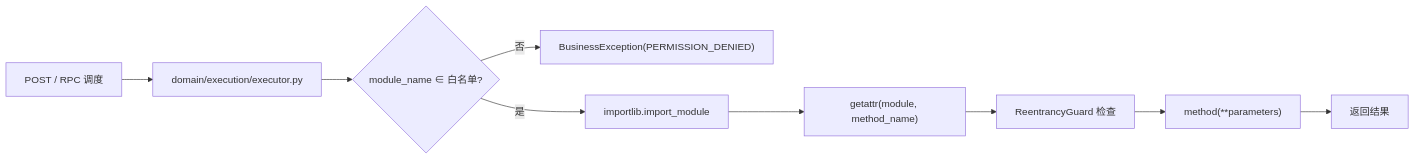
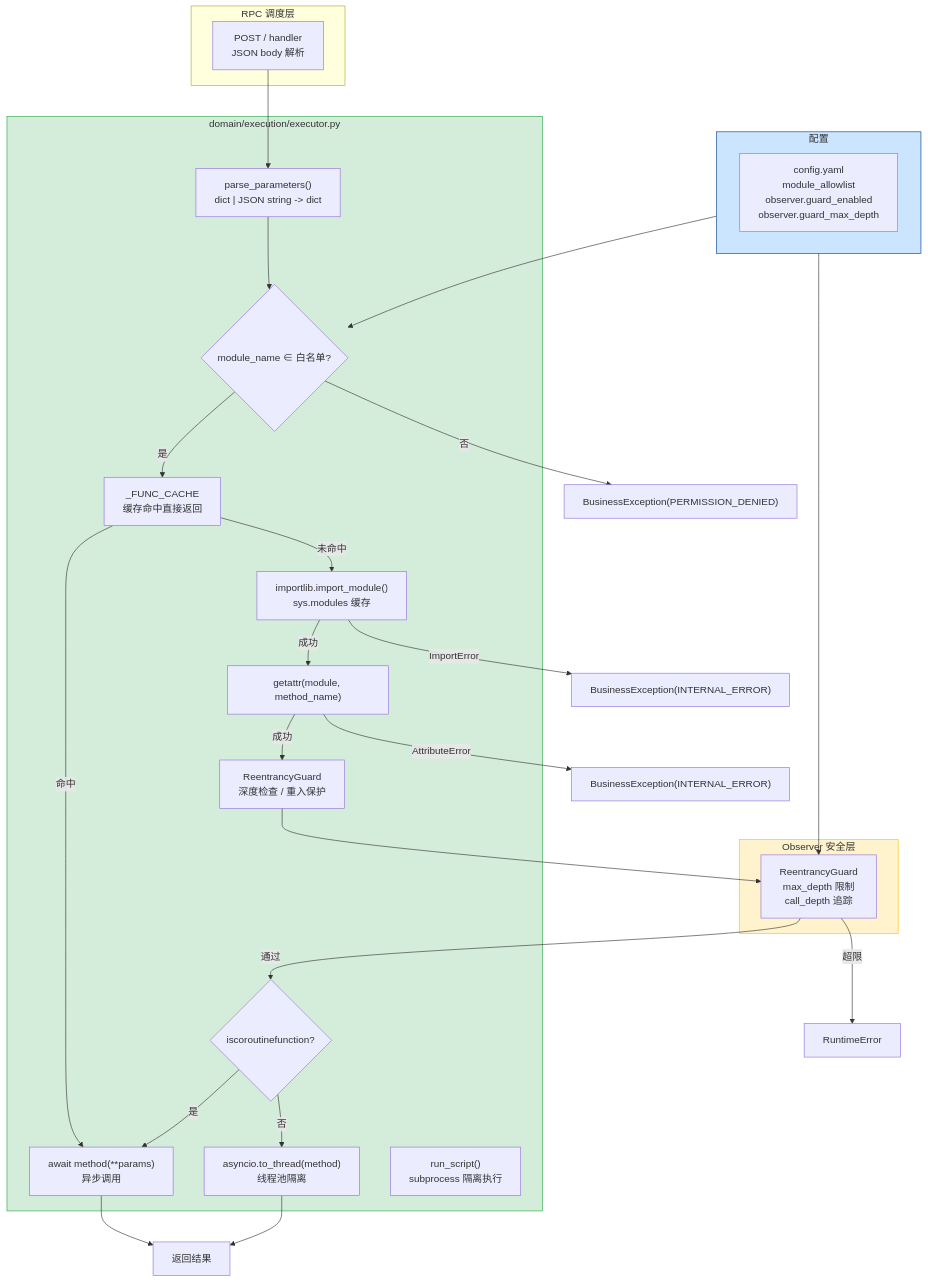
Before and after one commit to effiy/YrY: the first of 3 diagrams in YiKnowledge/projects/yiai/devs/2026-07/05-prd-task-模块执行沙箱.md, drawn with Mermaid. The commit also changed other lines of this file and 4958 other files, not shown here.

````diff
--- a/YiKnowledge/projects/yiai/devs/2026-07/05-prd-task-模块执行沙箱.md
+++ b/YiKnowledge/projects/yiai/devs/2026-07/05-prd-task-模块执行沙箱.md
@@ -35,11 +38,51 @@
 ```mermaid
-flowchart LR
-  RPC["POST / RPC 调度"] --> EXEC["domain/execution/executor.py"]
-  EXEC --> WL{"module_name ∈ 白名单?"}
-  WL -- 否 --> ERR["BusinessException(PERMISSION_DENIED)"]
-  WL -- 是 --> IMPORT["importlib.import_module"]
-  IMPORT --> GET["getattr(module, method_name)"]
-  GET --> GUARD["ReentrancyGuard 检查"]
-  GUARD --> CALL["method(**parameters)"]
-  CALL --> RESULT["返回结果"]
+flowchart TB
+  subgraph RPC["RPC 调度层"]
+    ROOT["POST / handler<br/>JSON body 解析"]
+  end
+
+  subgraph EXEC["domain/execution/executor.py"]
+    PARSE["parse_parameters()<br/>dict | JSON string -> dict"]
+    WL_CHECK{"module_name ∈ 白名单?"}
+    IMPORT["importlib.import_module()<br/>sys.modules 缓存"]
+    CACHE["_FUNC_CACHE<br/>缓存命中直接返回"]
+    GETATTR["getattr(module, method_name)"]
+    ASYNC_CHECK{"iscoroutinefunction?"}
+    GUARD["ReentrancyGuard<br/>深度检查 / 重入保护"]
+    CALL_SYNC["asyncio.to_thread(method)<br/>线程池隔离"]
+    CALL_ASYNC["await method(**params)<br/>异步调用"]
+    SCRIPT["run_script()<br/>subprocess 隔离执行"]
+  end
+
+  subgraph OBSERVER["Observer 安全层"]
+    REENTRY["ReentrancyGuard<br/>max_depth 限制<br/>call_depth 追踪"]
+  end
+
+  subgraph CONFIG["配置"]
+    YAML["config.yaml<br/>module_allowlist<br/>observer.guard_enabled<br/>observer.guard_max_depth"]
+  end
+
+  ROOT --> PARSE
+  PARSE --> WL_CHECK
+  WL_CHECK -- "否" --> ERR1["BusinessException(PERMISSION_DENIED)"]
+  WL_CHECK -- "是" --> CACHE
+  CACHE -- "命中" --> CALL_ASYNC
+  CACHE -- "未命中" --> IMPORT
+  IMPORT -- "ImportError" --> ERR2["BusinessException(INTERNAL_ERROR)"]
+  IMPORT -- "成功" --> GETATTR
+  GETATTR -- "AttributeError" --> ERR3["BusinessException(INTERNAL_ERROR)"]
+  GETATTR -- "成功" --> GUARD
+  GUARD --> REENTRY
+  REENTRY -- "超限" --> ERR4["RuntimeError"]
+  REENTRY -- "通过" --> ASYNC_CHECK
+  ASYNC_CHECK -- "是" --> CALL_ASYNC
+  ASYNC_CHECK -- "否" --> CALL_SYNC
+  CALL_ASYNC --> RESULT["返回结果"]
+  CALL_SYNC --> RESULT
+  CONFIG --> WL_CHECK
+  CONFIG --> REENTRY
+
+  style EXEC fill:#d4edda,stroke:#28a745
+  style OBSERVER fill:#fff3cd,stroke:#ffc107
+  style CONFIG fill:#cce5ff,stroke:#004085
 ```
````
